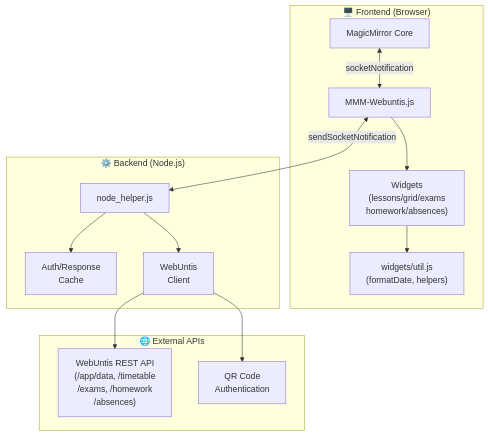
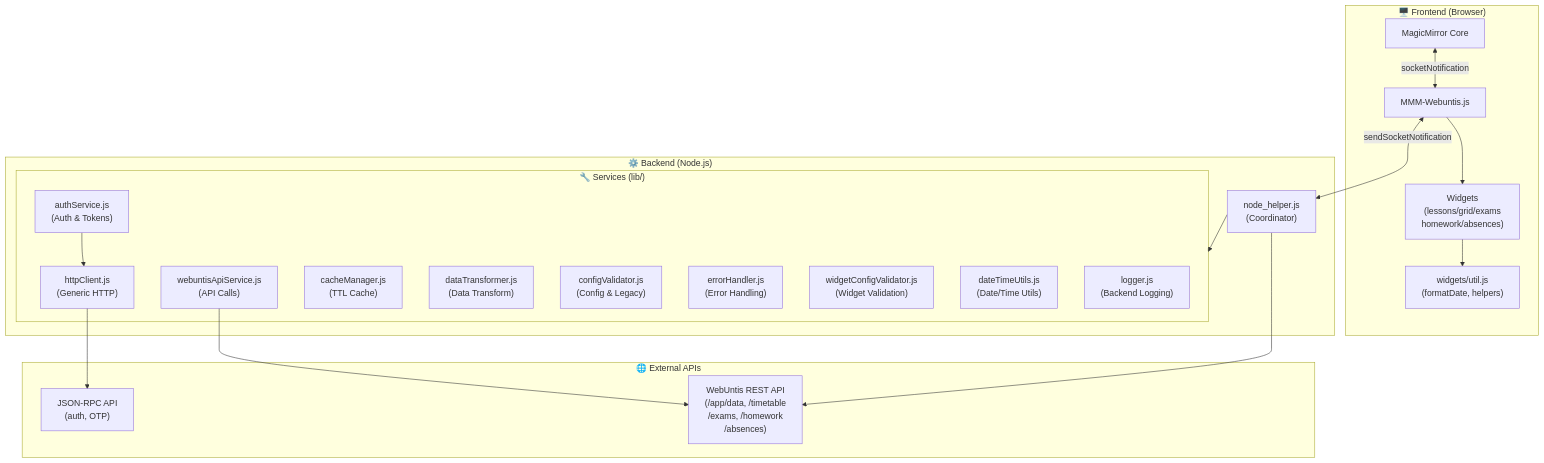
One commit to HeikoGr/MMM-Webuntis changed the diagram in README.md. Above: the diagram before and after it, drawn with Mermaid. The commit also changed other lines of this file and 13 other files, not shown here.

First line of the commit message:
feat: Refactor and enhance widget configurations and error handling

````diff
--- a/README.md
+++ b/README.md
@@ -17,29 +17,41 @@
 ```mermaid
 graph TB
     subgraph Frontend["🖥️ Frontend (Browser)"]
         MM["MagicMirror Core"]
         FE["MMM-Webuntis.js"]
         Widgets["Widgets<br/>(lessons/grid/exams<br/>homework/absences)"]
         Util["widgets/util.js<br/>(formatDate, helpers)"]
     end
 
     subgraph Backend["⚙️ Backend (Node.js)"]
-        NH["node_helper.js"]
-        Cache["Auth/Response<br/>Cache"]
-        Untis["WebUntis<br/>Client"]
+        NH["node_helper.js<br/>(Coordinator)"]
+        
+        subgraph Services["🔧 Services (lib/)"]
+            HttpClient["httpClient.js<br/>(Generic HTTP)"]
+            Auth["authService.js<br/>(Auth & Tokens)"]
+            API["webuntisApiService.js<br/>(API Calls)"]
+            Cache["cacheManager.js<br/>(TTL Cache)"]
+            Transform["dataTransformer.js<br/>(Data Transform)"]
+            Config["configValidator.js<br/>(Config & Legacy)"]
+            Errors["errorHandler.js<br/>(Error Handling)"]
+            Validators["widgetConfigValidator.js<br/>(Widget Validation)"]
+            DateTime["dateTimeUtils.js<br/>(Date/Time Utils)"]
+            Logger["logger.js<br/>(Backend Logging)"]
+        end
     end
 
     subgraph External["🌐 External APIs"]
         REST["WebUntis REST API<br/>(/app/data, /timetable<br/>/exams, /homework<br/>/absences)"]
-        QR["QR Code<br/>Authentication"]
+        JSONRPC["JSON-RPC API<br/>(auth, OTP)"]
     end
 
     MM <-->|socketNotification| FE
     FE <-->|sendSocketNotification| NH
     FE --> Widgets
     Widgets --> Util
-    NH --> Cache
-    NH --> Untis
-    Untis --> QR
-    Untis --> REST
+    NH --> Services
+    HttpClient --> JSONRPC
+    Auth --> HttpClient
+    API --> REST
+    NH --> REST
 ```
````
